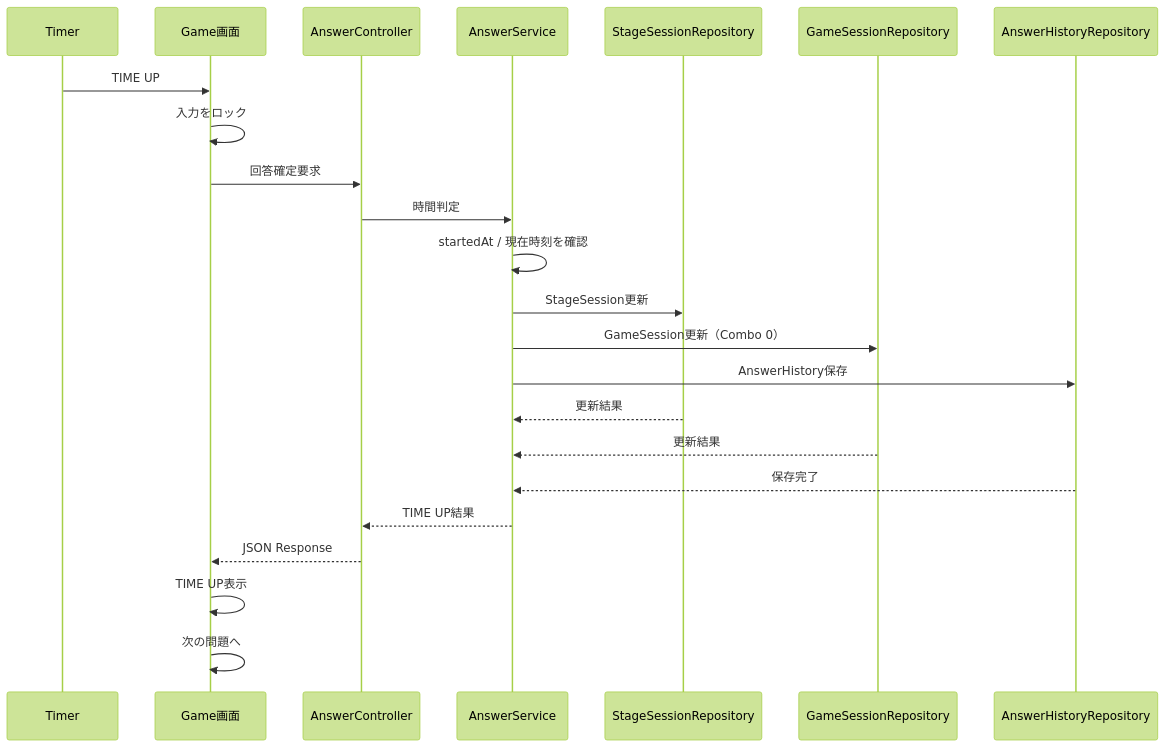
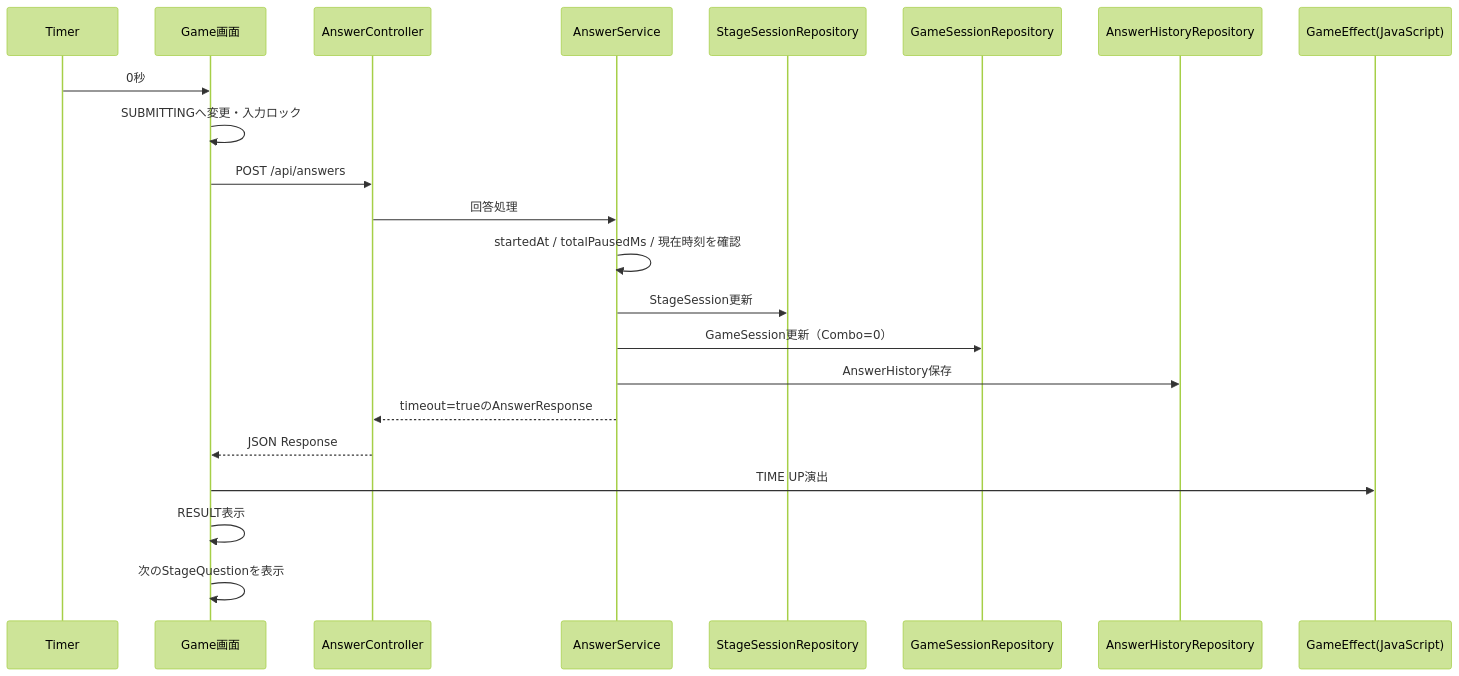
One commit to suu-dev-0203/graduation_JAVAgame changed diagram 21 of 30 in README.md. Above: the diagram before and after it, drawn with Mermaid (forest theme). The commit also changed other lines of this file, not shown here.

````diff
--- a/README.md
+++ b/README.md
@@ -711,26 +818,25 @@
 ```mermaid
 sequenceDiagram
     participant T as Timer
     participant UI as Game画面
     participant AC as AnswerController
     participant AS as AnswerService
     participant SR as StageSessionRepository
     participant GR as GameSessionRepository
     participant HR as AnswerHistoryRepository
+    participant JS as GameEffect(JavaScript)
 
-    T->>UI: TIME UP
-    UI->>UI: 入力をロック
-    UI->>AC: 回答確定要求
-    AC->>AS: 時間判定
-    AS->>AS: startedAt / 現在時刻を確認
+    T->>UI: 0秒
+    UI->>UI: SUBMITTINGへ変更・入力ロック
+    UI->>AC: POST /api/answers
+    AC->>AS: 回答処理
+    AS->>AS: startedAt / totalPausedMs / 現在時刻を確認
     AS->>SR: StageSession更新
-    AS->>GR: GameSession更新（Combo 0）
+    AS->>GR: GameSession更新（Combo=0）
     AS->>HR: AnswerHistory保存
-    SR-->>AS: 更新結果
-    GR-->>AS: 更新結果
-    HR-->>AS: 保存完了
-    AS-->>AC: TIME UP結果
+    AS-->>AC: timeout=trueのAnswerResponse
     AC-->>UI: JSON Response
-    UI->>UI: TIME UP表示
-    UI->>UI: 次の問題へ
+    UI->>JS: TIME UP演出
+    UI->>UI: RESULT表示
+    UI->>UI: 次のStageQuestionを表示
 ```
````
